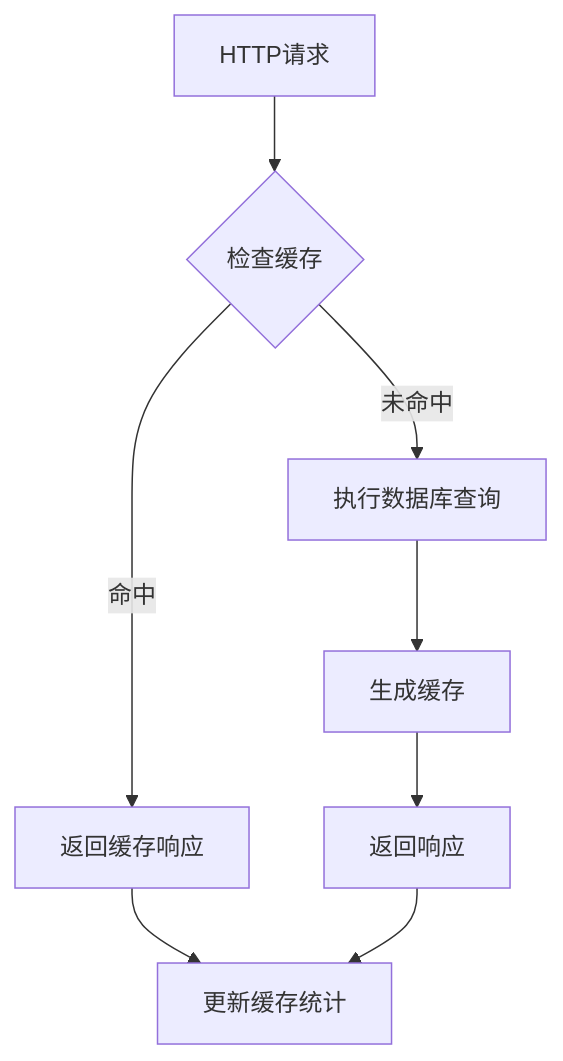
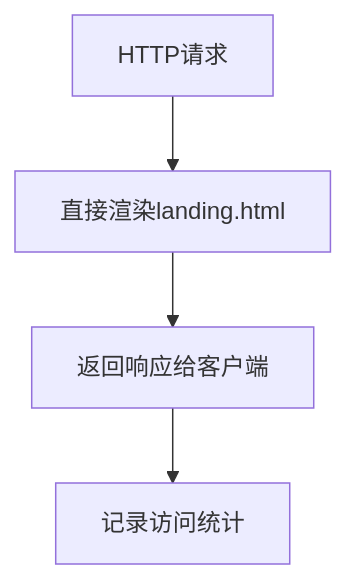
Before and after one commit to beyondalbert/my_wiki: the seventh of 7 diagrams in .qoder/repowiki/zh/content/架构设计/蓝图系统设计/主页蓝图 (Main Blueprint).md, drawn with Mermaid. The commit also changed other lines of this file and 5 other files, not shown here.

````diff
--- a/.qoder/repowiki/zh/content/架构设计/蓝图系统设计/主页蓝图 (Main Blueprint).md
+++ b/.qoder/repowiki/zh/content/架构设计/蓝图系统设计/主页蓝图 (Main Blueprint).md
@@ -318,10 +311,6 @@
 ```mermaid
 flowchart TD
-A[HTTP请求] --> B{检查缓存}
-B --> |命中| C[返回缓存响应]
-B --> |未命中| D[执行数据库查询]
-D --> E[生成缓存]
-E --> F[返回响应]
-C --> G[更新缓存统计]
-F --> G
+A[HTTP请求] --> B[直接渲染landing.html]
+B --> C[返回响应给客户端]
+C --> D[记录访问统计]
 ```
````
